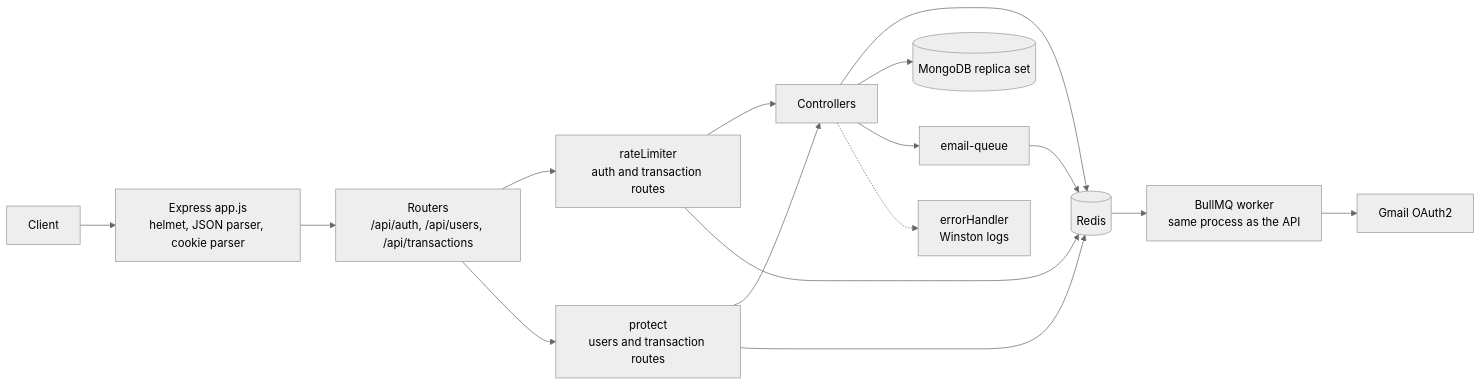
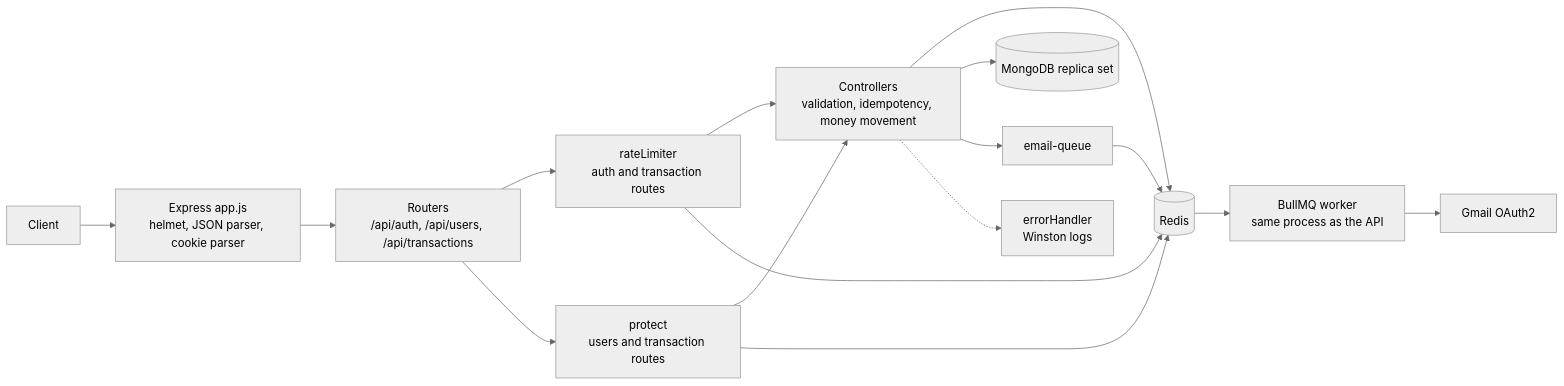
One commit to Satish-011/Backend-ledger changed the first of 4 diagrams in README.md. Above: the diagram before and after it, drawn with Mermaid (neutral theme). The commit also changed other lines of this file, not shown here.

````diff
--- a/README.md
+++ b/README.md
@@ -45,18 +47,18 @@
 ```mermaid
 flowchart LR
     Client["Client"] --> App["Express app.js<br/>helmet, JSON parser, cookie parser"]
     App --> Routes["Routers<br/>/api/auth, /api/users, /api/transactions"]
     Routes --> RL["rateLimiter<br/>auth and transaction routes"]
     Routes --> PR["protect<br/>users and transaction routes"]
-    RL --> Ct["Controllers"]
+    RL --> Ct["Controllers<br/>validation, idempotency, money movement"]
     PR --> Ct
     RL --> Redis[("Redis")]
     PR --> Redis
     Ct --> Redis
     Ct --> Mongo[("MongoDB replica set")]
     Ct --> Q["email-queue"]
     Q --> Redis
     Redis --> W["BullMQ worker<br/>same process as the API"]
     W --> Gmail["Gmail OAuth2"]
     Ct -.-> EH["errorHandler<br/>Winston logs"]
 ```
````
